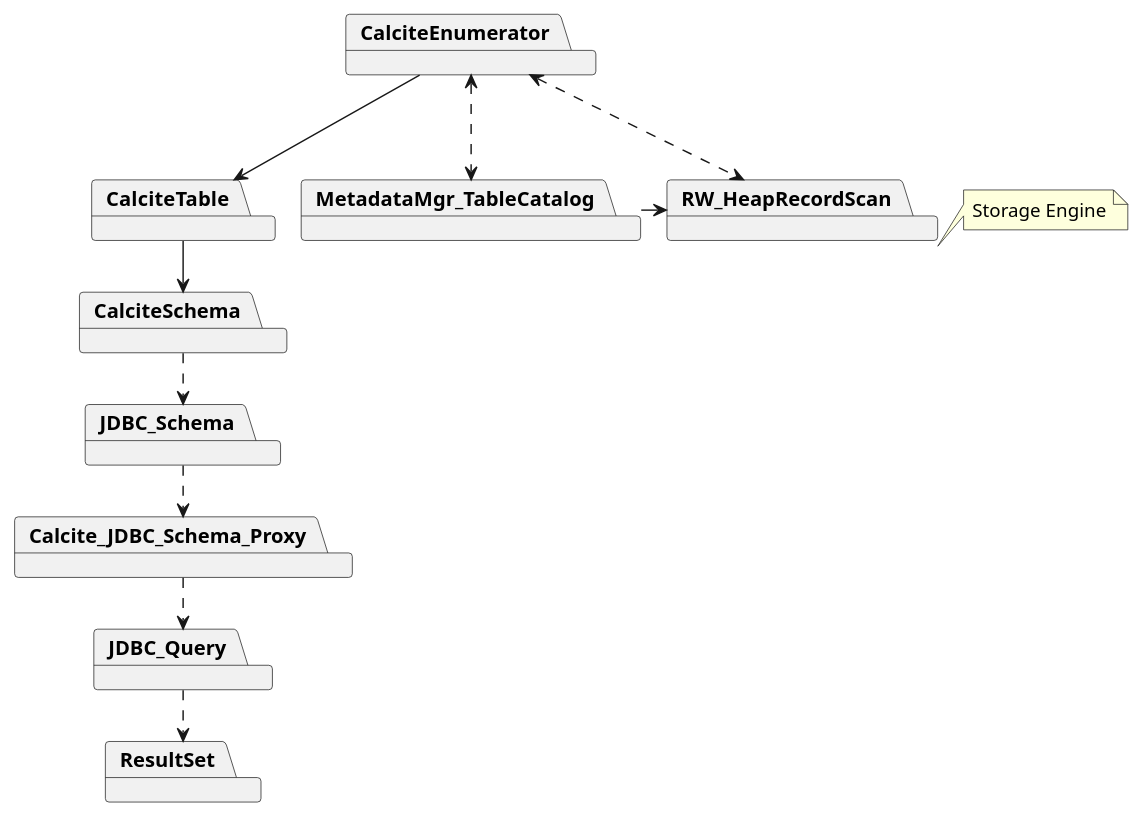
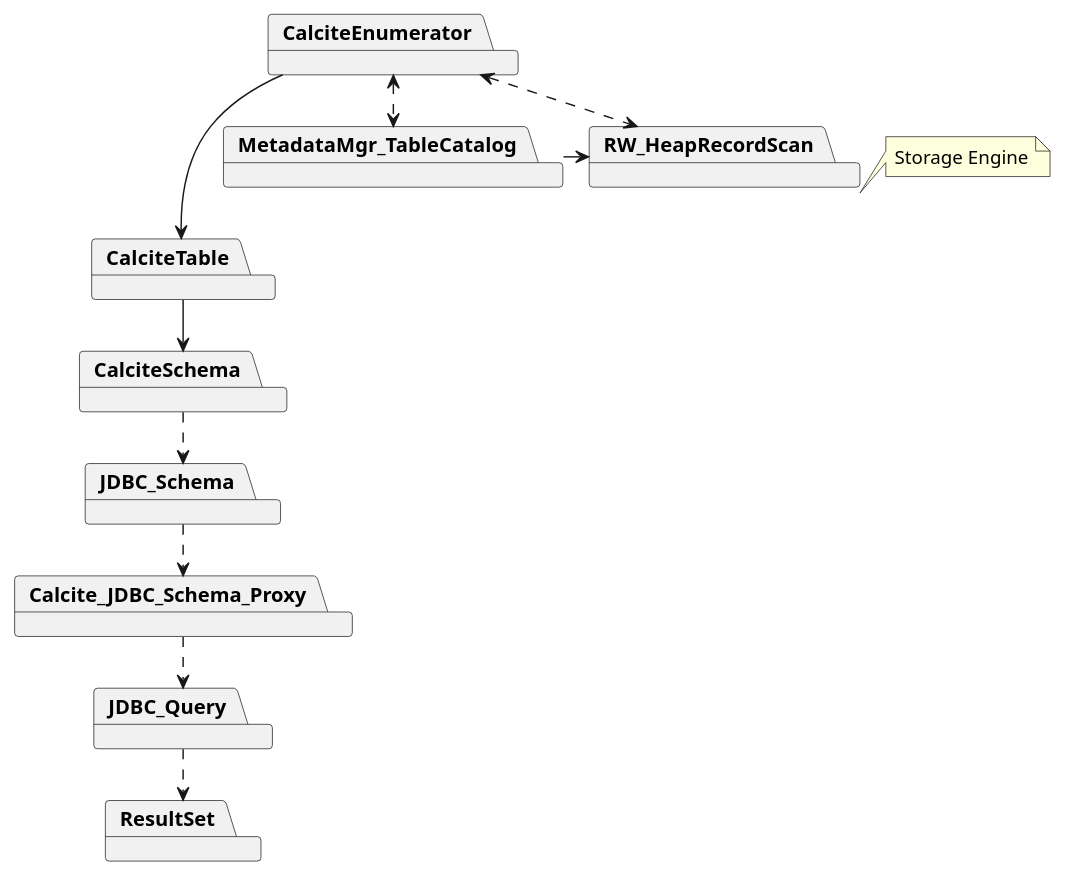
One commit to dborchard/tiny-db changed the diagram in docs/diagrams/D_CalciteQueryEngine.puml. Above: the diagram before and after it, drawn with PlantUML. The commit also changed 15 other files, not shown here.

```diff
--- a/docs/diagrams/D_CalciteQueryEngine.puml
+++ b/docs/diagrams/D_CalciteQueryEngine.puml
@@ -1,32 +1,32 @@
 @startuml Calcite Query Flow
 !pragma layout smetana
 
 
 package CalciteEnumerator
 package CalciteTable
 package CalciteSchema
 package JDBC_Schema
 package Calcite_JDBC_Schema_Proxy
 package JDBC_Query
 package ResultSet
 package MetadataMgr_TableCatalog
 package RW_HeapRecordScan
 
 
-CalciteEnumerator <...> MetadataMgr_TableCatalog
-CalciteEnumerator <...> RW_HeapRecordScan
+CalciteEnumerator <..> MetadataMgr_TableCatalog
+CalciteEnumerator <..> RW_HeapRecordScan
 CalciteEnumerator ---> CalciteTable
 
 MetadataMgr_TableCatalog -> RW_HeapRecordScan
 
 CalciteTable --> CalciteSchema
 CalciteSchema ..> JDBC_Schema
 JDBC_Schema ..> Calcite_JDBC_Schema_Proxy
 Calcite_JDBC_Schema_Proxy ..> JDBC_Query
 JDBC_Query ..> ResultSet
 
 note right of RW_HeapRecordScan
   Storage Engine
 end note
 
 @enduml
```
